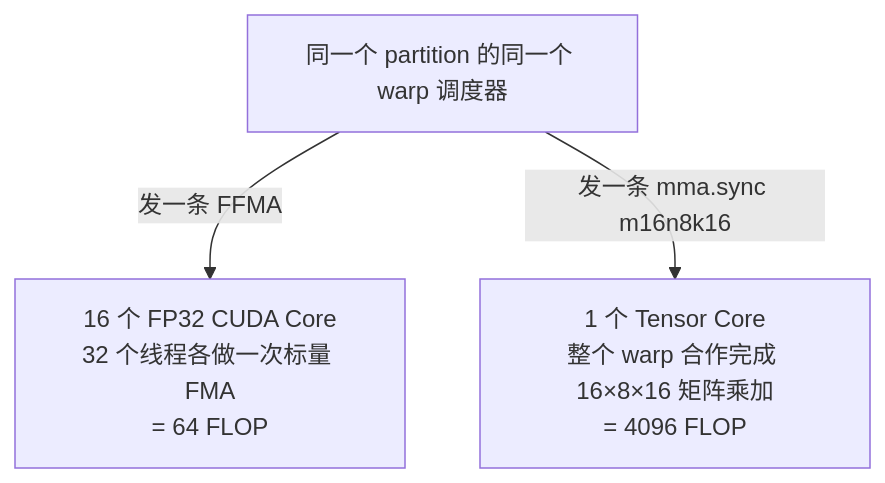
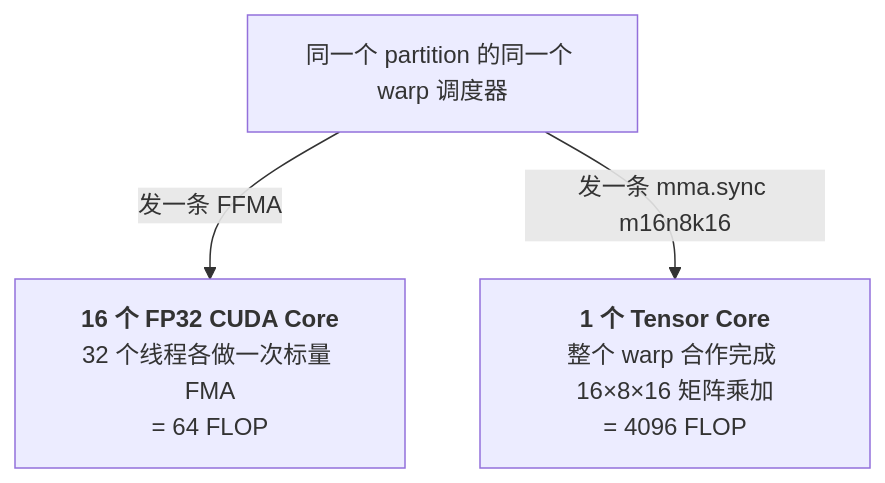
Before and after one commit to arganzheng/arganzheng.github.com: diagram 11 of 15 in _posts/2026-05-11-gpu-architecture-and-roofline.md, drawn with Mermaid. The commit also changed other lines of this file and 10 other files, not shown here.

First line of the commit message:
GPU Kernel 工程：从 CUDA 执行模型到 FlashAttention：Mermaid 多行方框的首行标为标题（11 篇）

````diff
--- a/_posts/2026-05-11-gpu-architecture-and-roofline.md
+++ b/_posts/2026-05-11-gpu-architecture-and-roofline.md
@@ -390,7 +390,7 @@
 ```mermaid
 %% Tensor Core 与 CUDA Core 在 partition 里并列，前者做小矩阵乘、后者做标量 FMA
 flowchart TB
     SCH["同一个 partition 的同一个 warp 调度器"]
-    SCH -->|"发一条 FFMA"| CC["16 个 FP32 CUDA Core<br/>32 个线程各做一次标量 FMA<br/>= 64 FLOP"]
-    SCH -->|"发一条 mma.sync m16n8k16"| TC["1 个 Tensor Core<br/>整个 warp 合作完成 16×8×16 矩阵乘加<br/>= 4096 FLOP"]
+    SCH -->|"发一条 FFMA"| CC["<b>16 个 FP32 CUDA Core</b><br/>32 个线程各做一次标量 FMA<br/>= 64 FLOP"]
+    SCH -->|"发一条 mma.sync m16n8k16"| TC["<b>1 个 Tensor Core</b><br/>整个 warp 合作完成 16×8×16 矩阵乘加<br/>= 4096 FLOP"]
 ```
````
